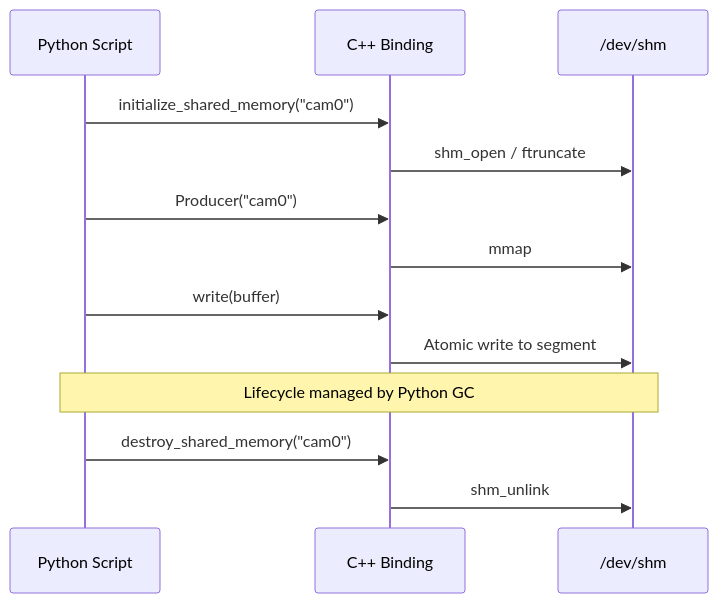
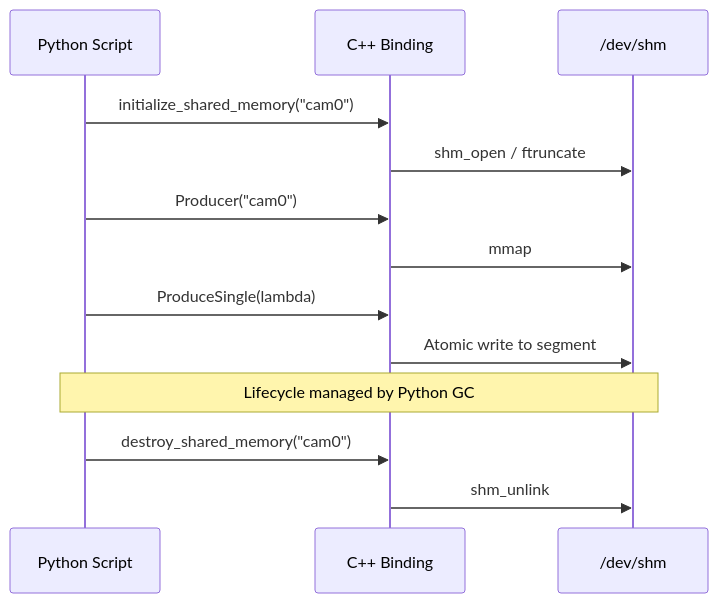
The first of 2 diagrams in dex/vision/bindings/python/README.md (dexrobo/samosa), drawn with Mermaid before and after one commit. The commit also changed other lines of this file and 1 other file, not shown here.

````diff
--- a/dex/vision/bindings/python/README.md
+++ b/dex/vision/bindings/python/README.md
@@ -34,16 +36,16 @@
 ```mermaid
 sequenceDiagram
     participant P as Python Script
     participant C as C++ Binding
     participant S as /dev/shm
 
     P->>C: initialize_shared_memory("cam0")
     C->>S: shm_open / ftruncate
     P->>C: Producer("cam0")
     C->>S: mmap
-    P->>C: write(buffer)
+    P->>C: ProduceSingle(lambda)
     C->>S: Atomic write to segment
     Note over P, S: Lifecycle managed by Python GC
     P->>C: destroy_shared_memory("cam0")
     C->>S: shm_unlink
 ```
````
